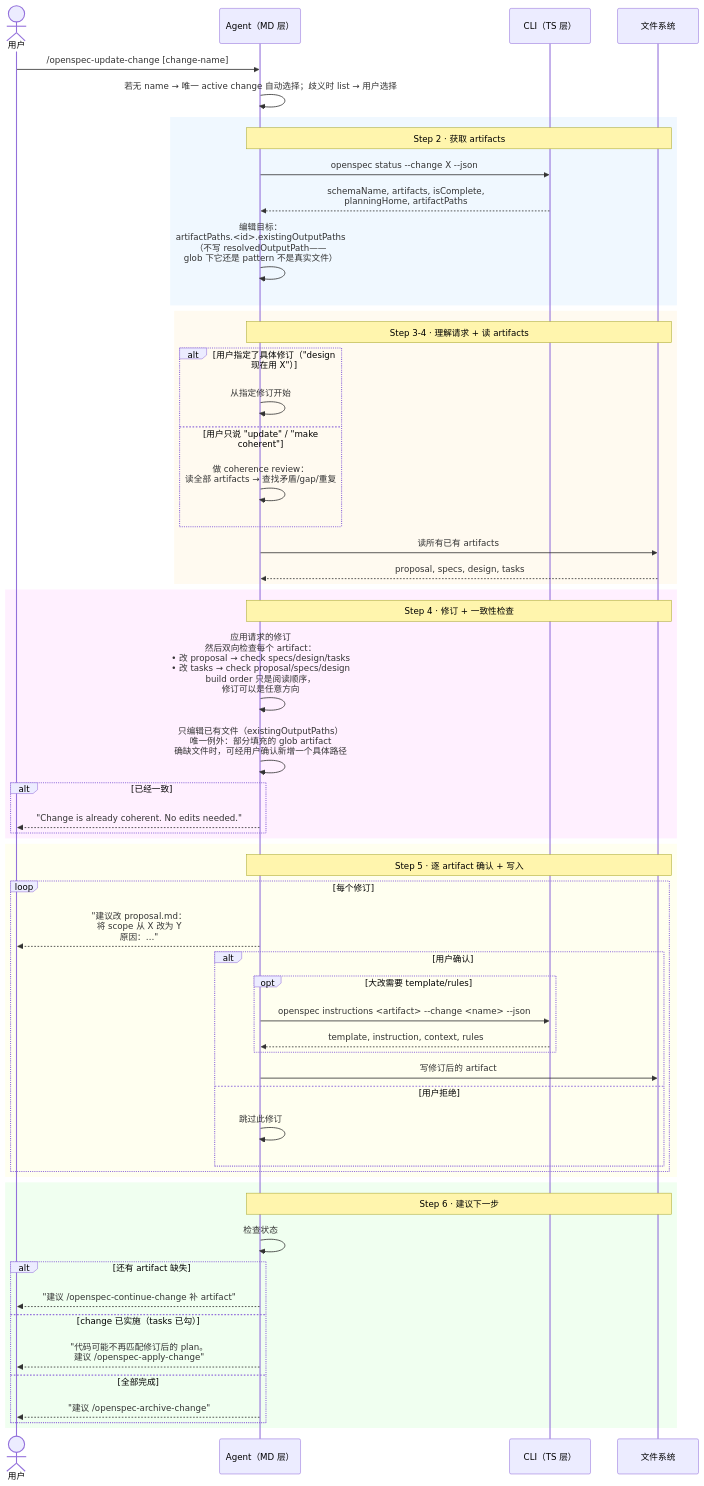
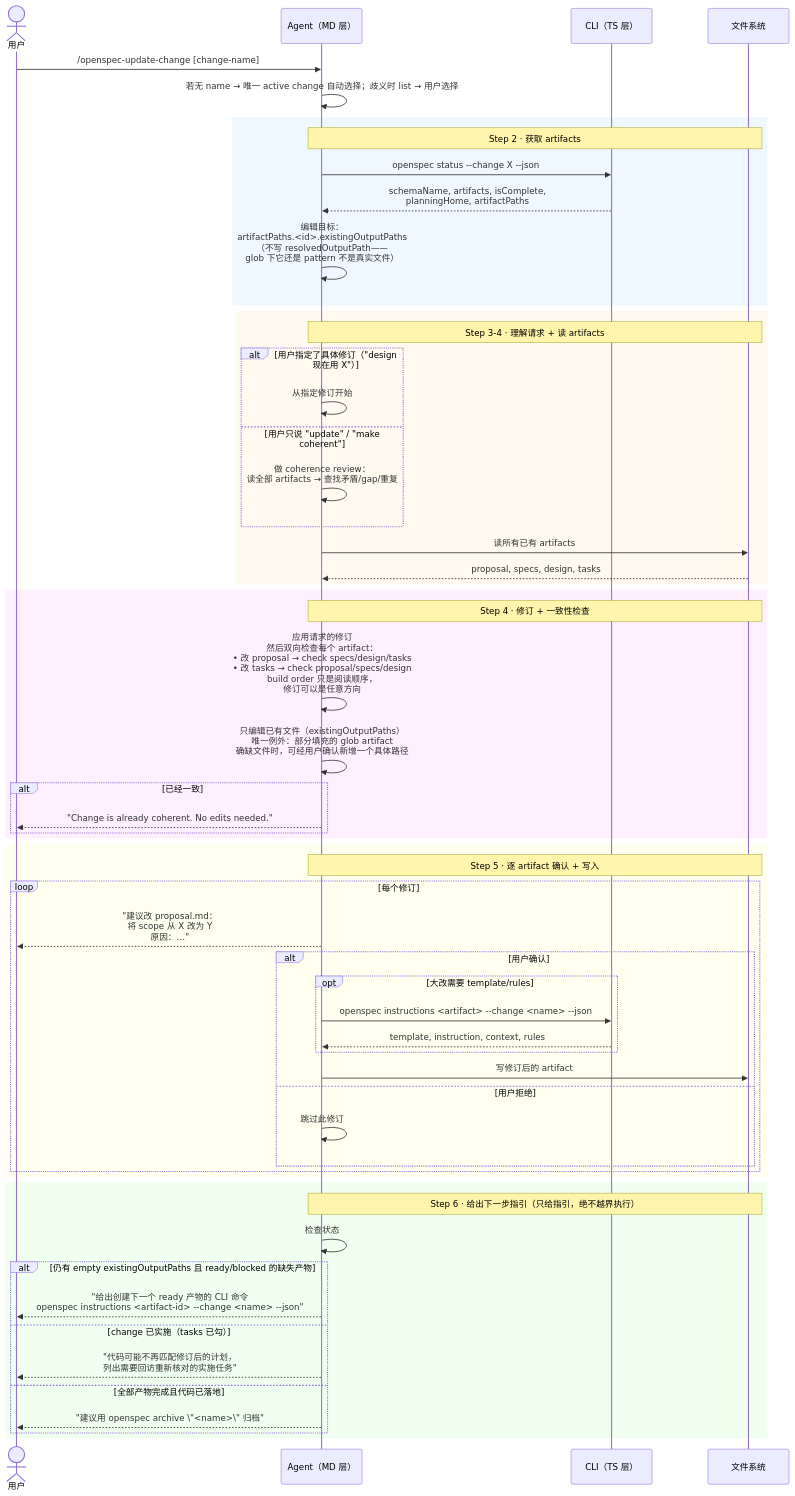
One commit to ethan-jiang-3/OpenSpec changed the diagram in _digested/workflows/12-update.md. Above: the diagram before and after it, drawn with Mermaid. The commit also changed other lines of this file and 190 other files, not shown here.

````diff
--- a/_digested/workflows/12-update.md
+++ b/_digested/workflows/12-update.md
@@ -41,65 +41,65 @@
 ```mermaid
 sequenceDiagram
     actor User as 用户
     participant MD as Agent（MD 层）
     participant TS as CLI（TS 层）
     participant FS as 文件系统
 
     User->>MD: /openspec-update-change [change-name]
     MD->>MD: 若无 name → 唯一 active change 自动选择；歧义时 list → 用户选择
 
     rect rgb(240, 248, 255)
         Note over MD,FS: Step 2 · 获取 artifacts
         MD->>TS: openspec status --change X --json
         TS-->>MD: schemaName, artifacts, isComplete,<br/>planningHome, artifactPaths
         MD->>MD: 编辑目标：<br/>artifactPaths.<id>.existingOutputPaths<br/>（不写 resolvedOutputPath——<br/>glob 下它还是 pattern 不是真实文件）
     end
 
     rect rgb(255, 250, 240)
         Note over MD,FS: Step 3-4 · 理解请求 + 读 artifacts
         alt 用户指定了具体修订（"design 现在用 X"）
             MD->>MD: 从指定修订开始
         else 用户只说 "update" / "make coherent"
             MD->>MD: 做 coherence review：<br/>读全部 artifacts → 查找矛盾/gap/重复
         end
         MD->>FS: 读所有已有 artifacts
         FS-->>MD: proposal, specs, design, tasks
     end
 
     rect rgb(255, 240, 255)
         Note over MD,FS: Step 4 · 修订 + 一致性检查
         MD->>MD: 应用请求的修订<br/>然后双向检查每个 artifact：<br/>• 改 proposal → check specs/design/tasks<br/>• 改 tasks → check proposal/specs/design<br/>build order 只是阅读顺序，<br/>修订可以是任意方向
         MD->>MD: 只编辑已有文件（existingOutputPaths）<br/>唯一例外：部分填充的 glob artifact<br/>确缺文件时，可经用户确认新增一个具体路径
         alt 已经一致
             MD-->>User: "Change is already coherent. No edits needed."
         end
     end
 
     rect rgb(255, 255, 240)
         Note over MD,FS: Step 5 · 逐 artifact 确认 + 写入
         loop 每个修订
             MD-->>User: "建议改 proposal.md：<br/>将 scope 从 X 改为 Y<br/>原因：…"
             alt 用户确认
                 opt 大改需要 template/rules
                     MD->>TS: openspec instructions <artifact> --change <name> --json
                     TS-->>MD: template, instruction, context, rules
                 end
                 MD->>FS: 写修订后的 artifact
             else 用户拒绝
                 MD->>MD: 跳过此修订
             end
         end
     end
 
     rect rgb(240, 255, 240)
-        Note over MD,FS: Step 6 · 建议下一步
+        Note over MD,FS: Step 6 · 给出下一步指引（只给指引，绝不越界执行）
         MD->>MD: 检查状态
-        alt 还有 artifact 缺失
-            MD-->>User: "建议 /openspec-continue-change 补 artifact"
+        alt 仍有 empty existingOutputPaths 且 ready/blocked 的缺失产物
+            MD-->>User: "给出创建下一个 ready 产物的 CLI 命令<br/>openspec instructions <artifact-id> --change <name> --json"
         else change 已实施（tasks 已勾）
-            MD-->>User: "代码可能不再匹配修订后的 plan。<br/>建议 /openspec-apply-change"
-        else 全部完成
-            MD-->>User: "建议 /openspec-archive-change"
+            MD-->>User: "代码可能不再匹配修订后的计划，<br/>列出需要回访重新核对的实施任务"
+        else 全部产物完成且代码已落地
+            MD-->>User: "建议用 openspec archive \"<name>\" 归档"
         end
     end
 ```
````
